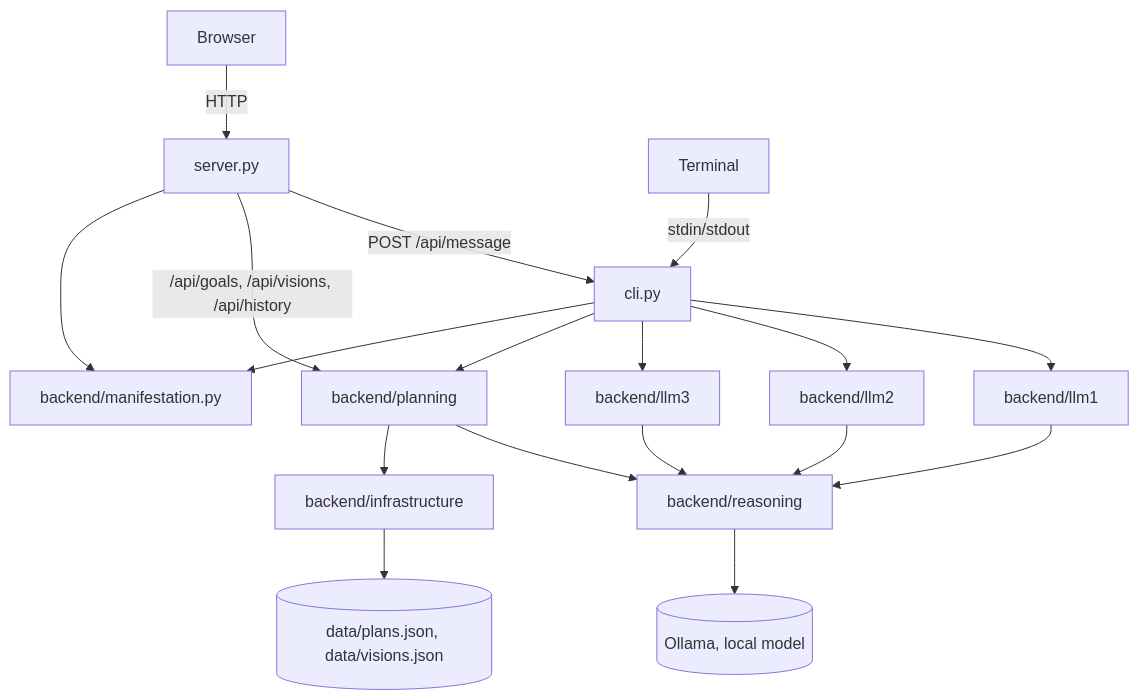
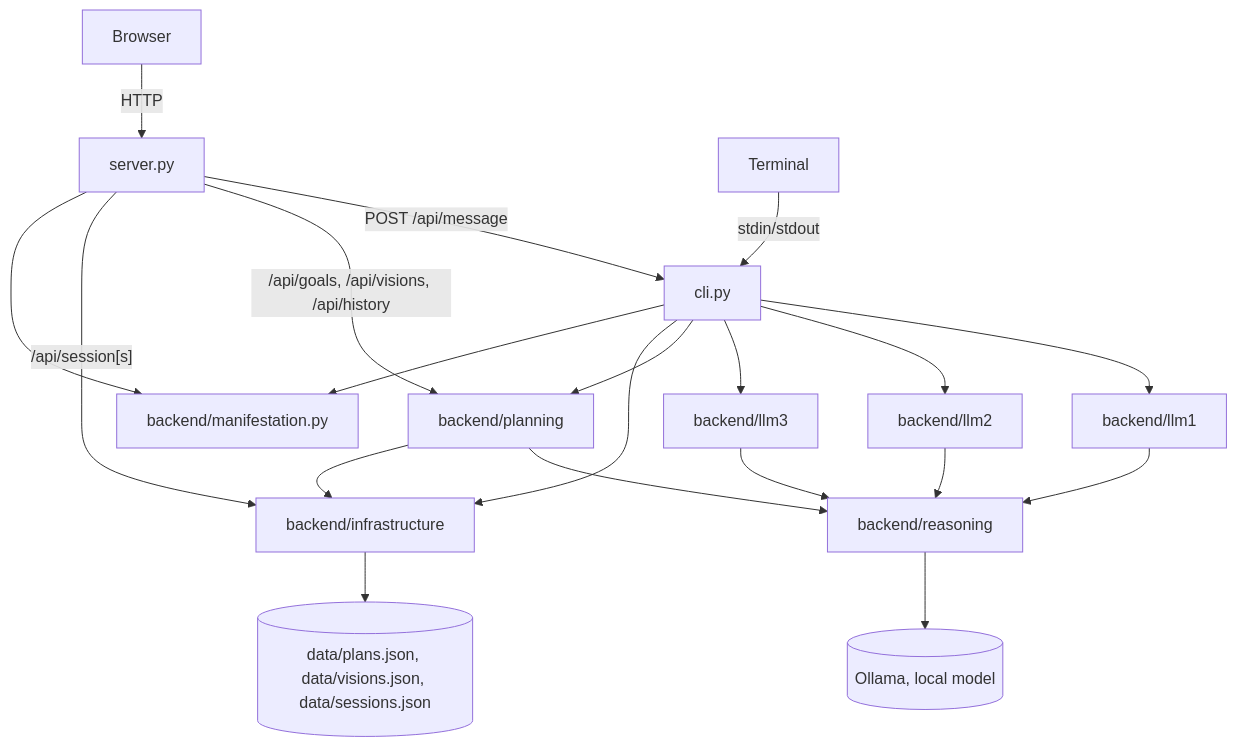
One commit to olajmn/PROJECT1 changed the diagram in docs/04-current-state.md. Above: the diagram before and after it, drawn with Mermaid. The commit also changed other lines of this file and 14 other files, not shown here.

````diff
--- a/docs/04-current-state.md
+++ b/docs/04-current-state.md
@@ -41,20 +46,22 @@
 ```mermaid
 graph TD
     Browser -->|HTTP| Server["server.py"]
     Terminal -->|stdin/stdout| CLI["cli.py"]
     Server -->|POST /api/message| CLI
     Server -->|"/api/goals, /api/visions, /api/history"| Planning["backend/planning"]
+    Server -->|"/api/session[s]"| Infrastructure["backend/infrastructure"]
     CLI --> N1["backend/llm1"]
     CLI --> N2["backend/llm2"]
     CLI --> N3["backend/llm3"]
     CLI --> Planning
+    CLI --> Infrastructure
     CLI --> Manifestation["backend/manifestation.py"]
     Server --> Manifestation
     N1 --> Reasoning["backend/reasoning"]
     N2 --> Reasoning
     N3 --> Reasoning
     Planning --> Reasoning
-    Planning --> Infrastructure["backend/infrastructure"]
+    Planning --> Infrastructure
     Reasoning --> Ollama[("Ollama, local model")]
-    Infrastructure --> Data[("data/plans.json, data/visions.json")]
+    Infrastructure --> Data[("data/plans.json, data/visions.json, data/sessions.json")]
 ```
````
